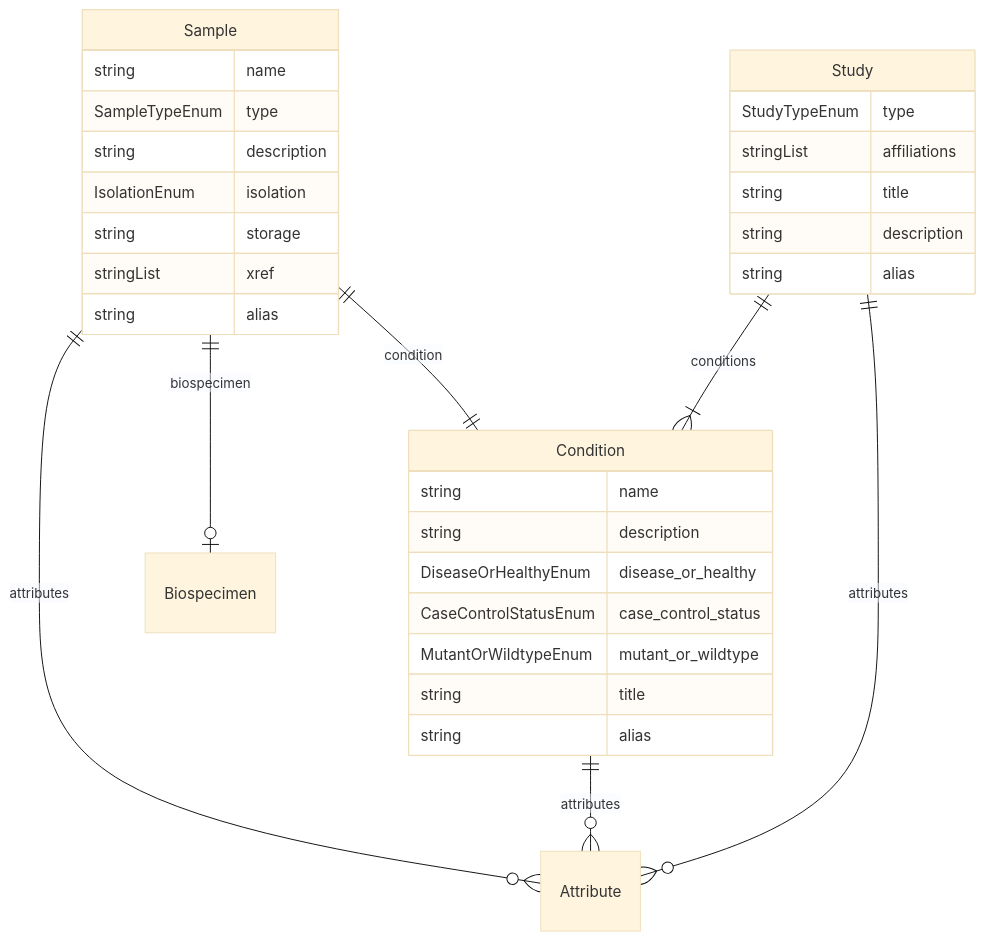
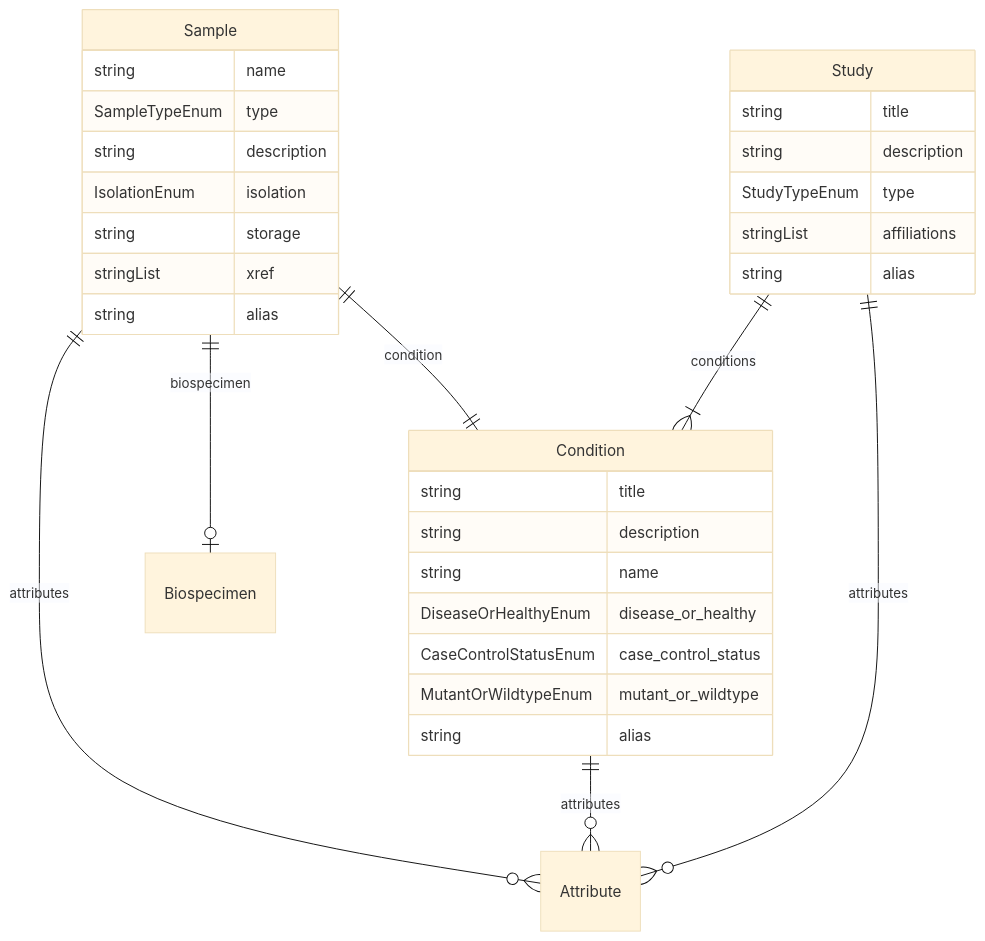
The seventh of 7 diagrams in docs/entity_relations.md (ghga-de/ghga-metadata-schema), drawn with Mermaid (base theme) before and after one commit. The commit also changed other lines of this file and 160 other files, not shown here.

````diff
--- a/docs/entity_relations.md
+++ b/docs/entity_relations.md
@@ -348,36 +339,36 @@
 ```mermaid
 erDiagram
 Sample {
     string name  
     SampleTypeEnum type  
     string description  
     IsolationEnum isolation  
     string storage  
     stringList xref  
     string alias  
 }
 Condition {
+    string title  
+    string description  
     string name  
-    string description  
     DiseaseOrHealthyEnum disease_or_healthy  
     CaseControlStatusEnum case_control_status  
     MutantOrWildtypeEnum mutant_or_wildtype  
-    string title  
     string alias  
 }
 Study {
+    string title  
+    string description  
     StudyTypeEnum type  
     stringList affiliations  
-    string title  
-    string description  
     string alias  
 }
 
 Sample ||--|o Biospecimen : "biospecimen"
 Sample ||--|| Condition : "condition"
 Sample ||--}o Attribute : "attributes"
 Condition ||--}o Attribute : "attributes"
 Study ||--}| Condition : "conditions"
 Study ||--}o Attribute : "attributes"
 
 ```
````
